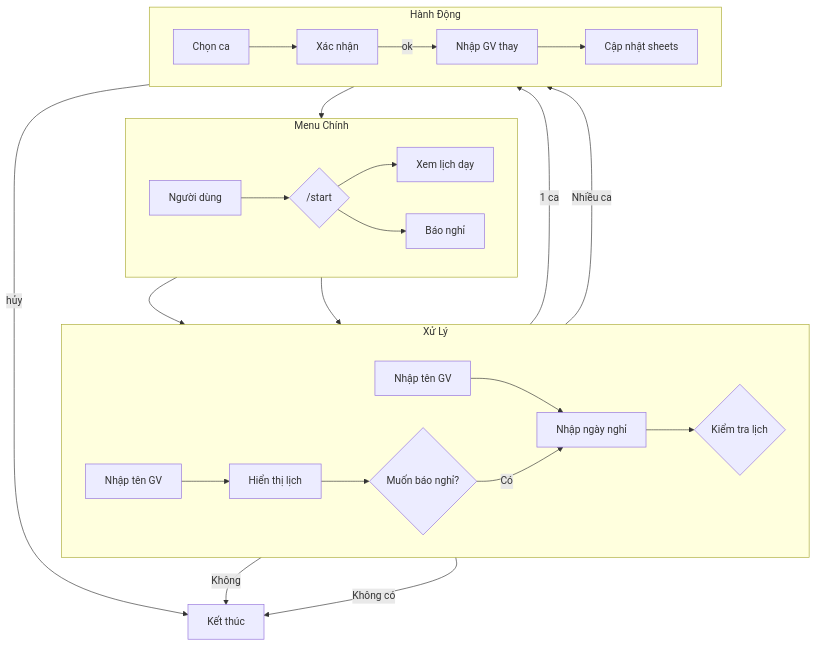
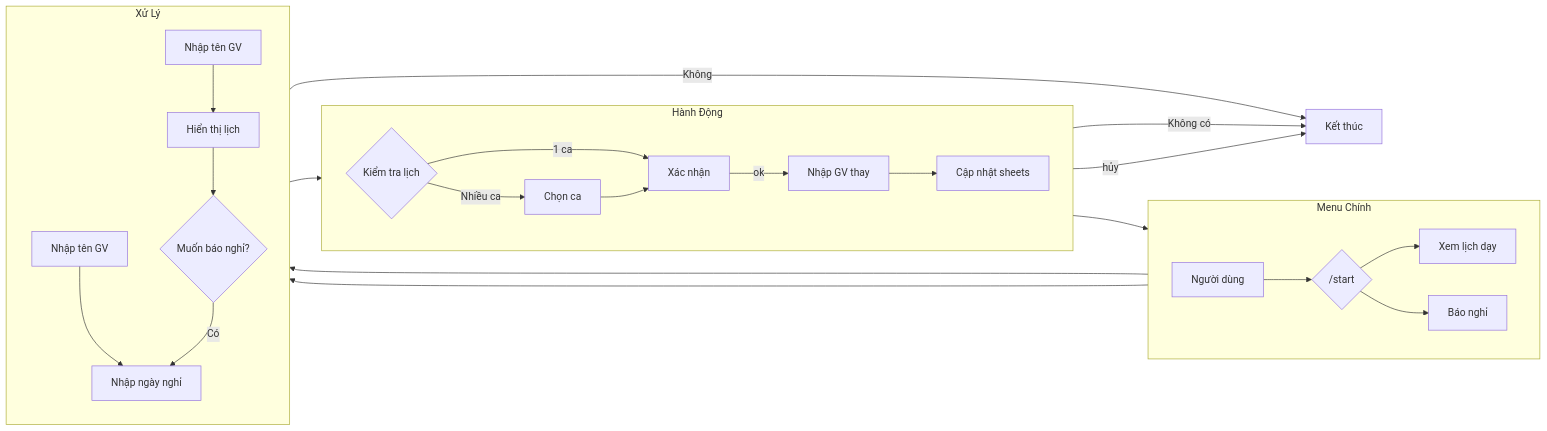
Before and after one commit to let-shyn-cook/TeacherBot-Assistant: the diagram in readme.md, drawn with Mermaid. The commit also changed other lines of this file, not shown here.

````diff
--- a/readme.md
+++ b/readme.md
@@ -117,36 +117,34 @@
 ```mermaid
-flowchart TB
+flowchart LR
     subgraph Menu["Menu Chính"]
         direction LR
         A[Người dùng] --> B{/start}
         B --> C[Xem lịch dạy]
         B --> D[Báo nghỉ]
-    end
-
-    subgraph Process["Xử Lý"]
-        direction LR
-        C --> C1[Nhập tên GV]
-        D --> E[Nhập tên GV]
-        
-        C1 --> C2[Hiển thị lịch]
-        E --> F[Nhập ngày nghỉ]
-        
-        C2 --> C3{Muốn báo nghỉ?}
-        F --> G{Kiểm tra lịch}
     end
 
     subgraph Actions["Hành Động"]
         direction LR
         G --> |1 ca| H[Xác nhận]
         G --> |Nhiều ca| I[Chọn ca]
         I --> H
         H --> |ok| J[Nhập GV thay]
         J --> K[Cập nhật sheets]
     end
 
+    subgraph Process["Xử Lý"]
+        direction TB
+        C --> C1[Nhập tên GV]
+        D --> E[Nhập tên GV]
+        C1 --> C2[Hiển thị lịch]
+        E --> F[Nhập ngày nghỉ]
+        C2 --> C3{Muốn báo nghỉ?}
+        F --> G{Kiểm tra lịch}
+    end
+
     C3 --> |Có| F
     C3 --> |Không| Z[Kết thúc]
     G --> |Không có| Z
     H --> |hủy| Z
     K --> B
 ```
````
